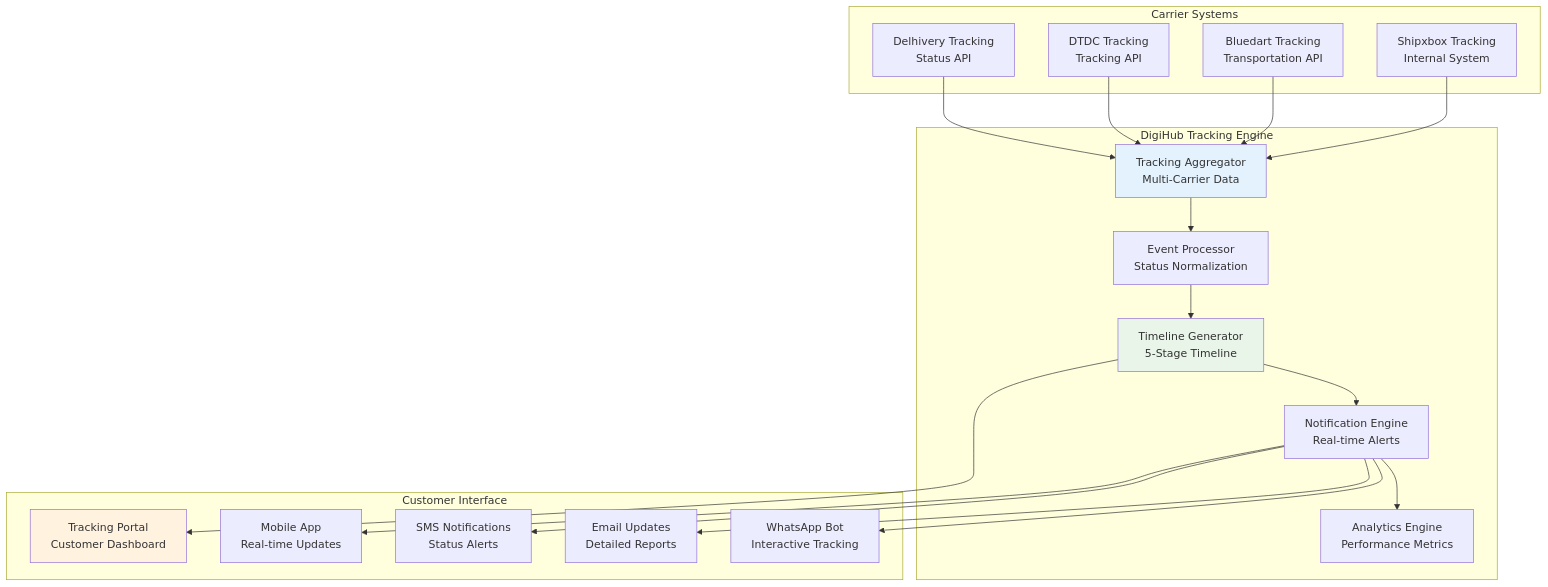
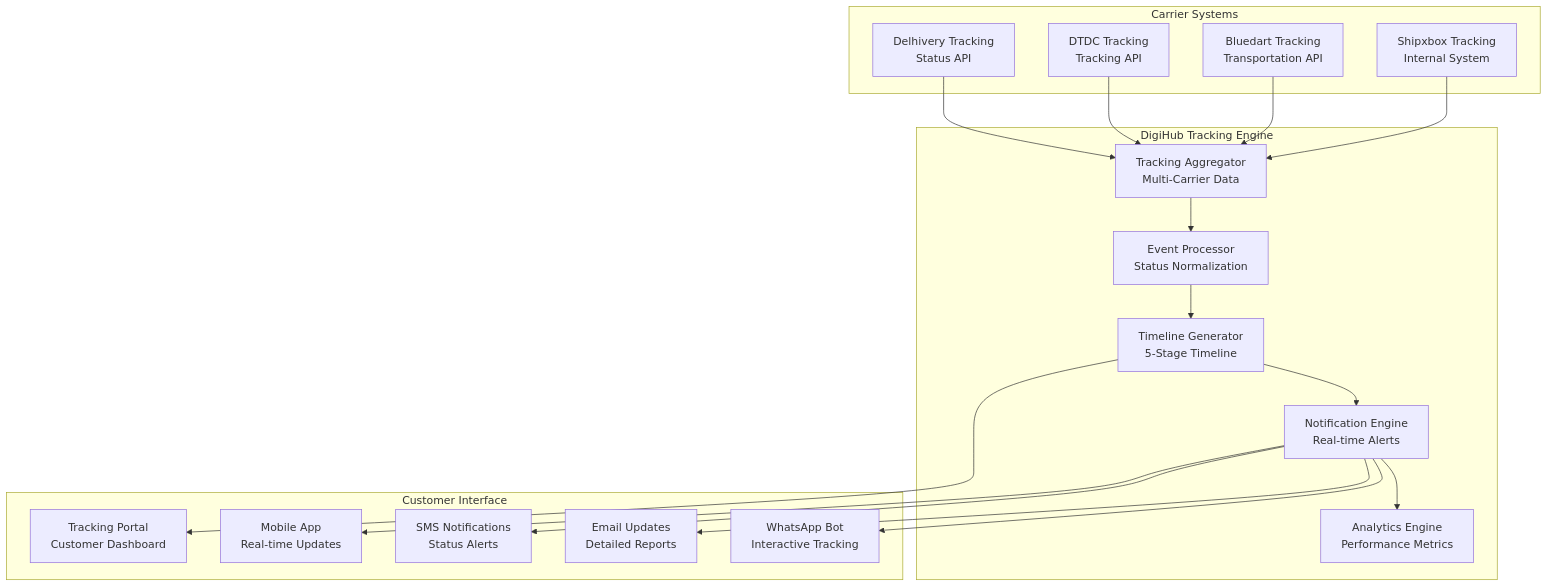
One commit to sandeepkumar0801/Digihub changed diagram 15 of 44 in README.md. Above: the diagram before and after it, drawn with Mermaid. The commit also changed other lines of this file, not shown here.

Commit message:
update diagram index

````diff
--- a/README.md
+++ b/README.md
@@ -2712,42 +2570,42 @@
 ```mermaid
 graph TD
     subgraph "Carrier Systems"
         A1[Shipxbox Tracking<br/>Internal System]
         A2[Bluedart Tracking<br/>Transportation API]
         A3[DTDC Tracking<br/>Tracking API]
         A4[Delhivery Tracking<br/>Status API]
     end
 
     subgraph "DigiHub Tracking Engine"
         B1[Tracking Aggregator<br/>Multi-Carrier Data]
         B2[Event Processor<br/>Status Normalization]
         B3[Timeline Generator<br/>5-Stage Timeline]
         B4[Notification Engine<br/>Real-time Alerts]
         B5[Analytics Engine<br/>Performance Metrics]
     end
 
     subgraph "Customer Interface"
         C1[Tracking Portal<br/>Customer Dashboard]
         C2[Mobile App<br/>Real-time Updates]
         C3[SMS Notifications<br/>Status Alerts]
         C4[Email Updates<br/>Detailed Reports]
         C5[WhatsApp Bot<br/>Interactive Tracking]
     end
 
     A1 --> B1
     A2 --> B1
     A3 --> B1
     A4 --> B1
 
     B1 --> B2 --> B3 --> B4 --> B5
 
     B3 --> C1
     B4 --> C2
     B4 --> C3
     B4 --> C4
     B4 --> C5
 
-    style B1 fill:#e3f2fd
-    style B3 fill:#e8f5e8
-    style C1 fill:#fff3e0
+
+
+
 ```
````
